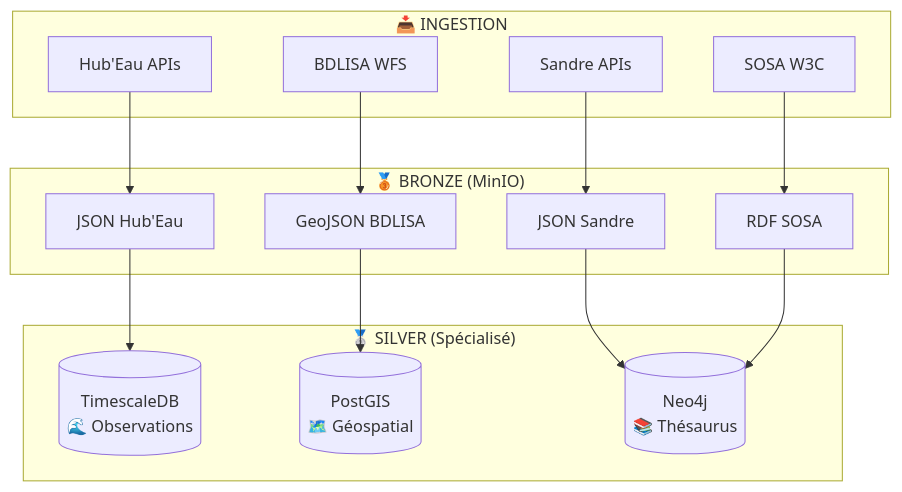
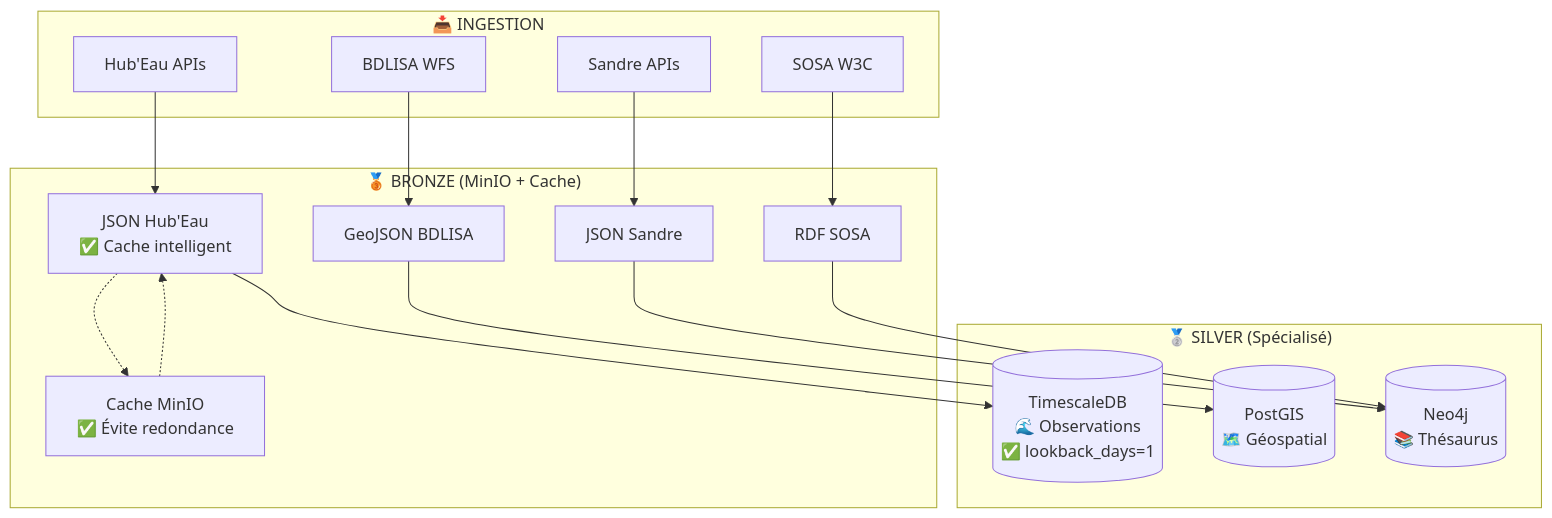
One commit to xairon/hubeau_data_integration changed the first of 3 diagrams in docs/DATA_STORAGE_STRATEGY.md. Above: the diagram before and after it, drawn with Mermaid. The commit also changed other lines of this file and 16 other files, not shown here.

````diff
--- a/docs/DATA_STORAGE_STRATEGY.md
+++ b/docs/DATA_STORAGE_STRATEGY.md
@@ -9,27 +9,30 @@
 ```mermaid
 graph TB
     subgraph "📥 INGESTION"
         H1[Hub'Eau APIs] 
         H2[BDLISA WFS]
         H3[Sandre APIs]
         H4[SOSA W3C]
     end
     
-    subgraph "🥉 BRONZE (MinIO)"
-        B1[JSON Hub'Eau]
+    subgraph "🥉 BRONZE (MinIO + Cache)"
+        B1[JSON Hub'Eau<br/>✅ Cache intelligent]
         B2[GeoJSON BDLISA] 
         B3[JSON Sandre]
         B4[RDF SOSA]
+        CACHE[Cache MinIO<br/>✅ Évite redondance]
     end
     
     subgraph "🥈 SILVER (Spécialisé)"
-        TS[(TimescaleDB<br/>🌊 Observations)]
+        TS[(TimescaleDB<br/>🌊 Observations<br/>✅ lookback_days=1)]
         PG[(PostGIS<br/>🗺️ Géospatial)]
         N4[(Neo4j<br/>📚 Thésaurus)]
     end
     
     H1 --> B1 --> TS
     H2 --> B2 --> PG
     H3 --> B3 --> N4
     H4 --> B4 --> N4
+    B1 -.-> CACHE
+    CACHE -.-> B1
 ```
````
